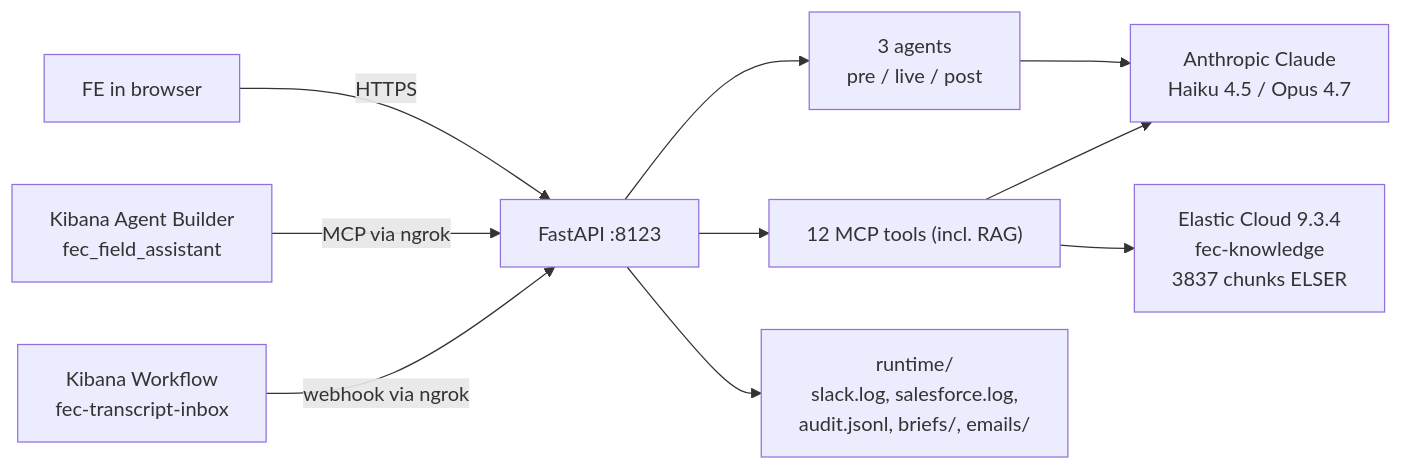
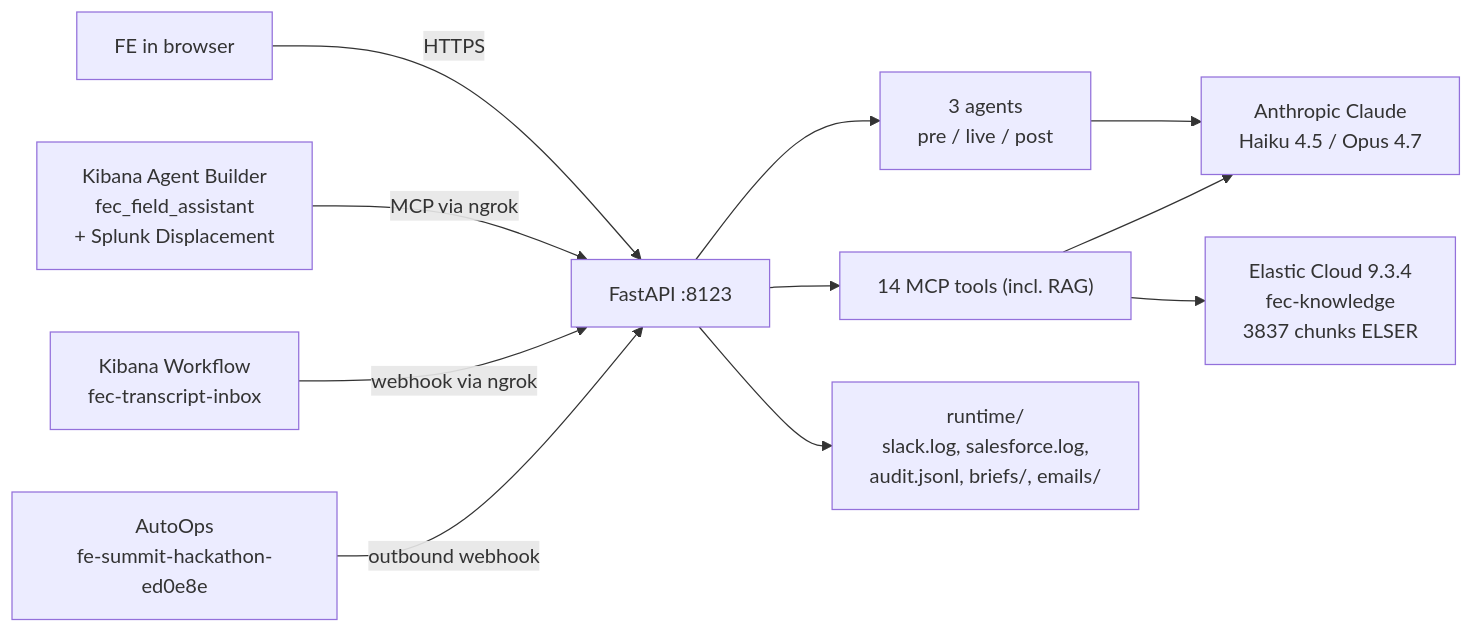
The second of 2 diagrams in README.md (rodrigo-elastic/FE-Elastic), drawn with Mermaid before and after one commit. The commit also changed other lines of this file and 74 other files, not shown here.

````diff
--- a/README.md
+++ b/README.md
@@ -108,12 +170,13 @@
 ```mermaid
 flowchart LR
     User["FE in browser"] -->|HTTPS| API["FastAPI :8123"]
     API --> Agents["3 agents<br/>pre / live / post"]
-    API --> Tools["12 MCP tools (incl. RAG)"]
+    API --> Tools["14 MCP tools (incl. RAG)"]
     Agents --> Anthropic["Anthropic Claude<br/>Haiku 4.5 / Opus 4.7"]
     Tools --> Anthropic
     Tools --> ES["Elastic Cloud 9.3.4<br/>fec-knowledge<br/>3837 chunks ELSER"]
-    Kibana["Kibana Agent Builder<br/>fec_field_assistant"] -->|MCP via ngrok| API
+    Kibana["Kibana Agent Builder<br/>fec_field_assistant<br/>+ Splunk Displacement"] -->|MCP via ngrok| API
     Wf["Kibana Workflow<br/>fec-transcript-inbox"] -->|webhook via ngrok| API
+    AutoOps["AutoOps<br/>fe-summit-hackathon-ed0e8e"] -->|outbound webhook| API
     API --> Runtime["runtime/<br/>slack.log, salesforce.log,<br/>audit.jsonl, briefs/, emails/"]
 ```
````
